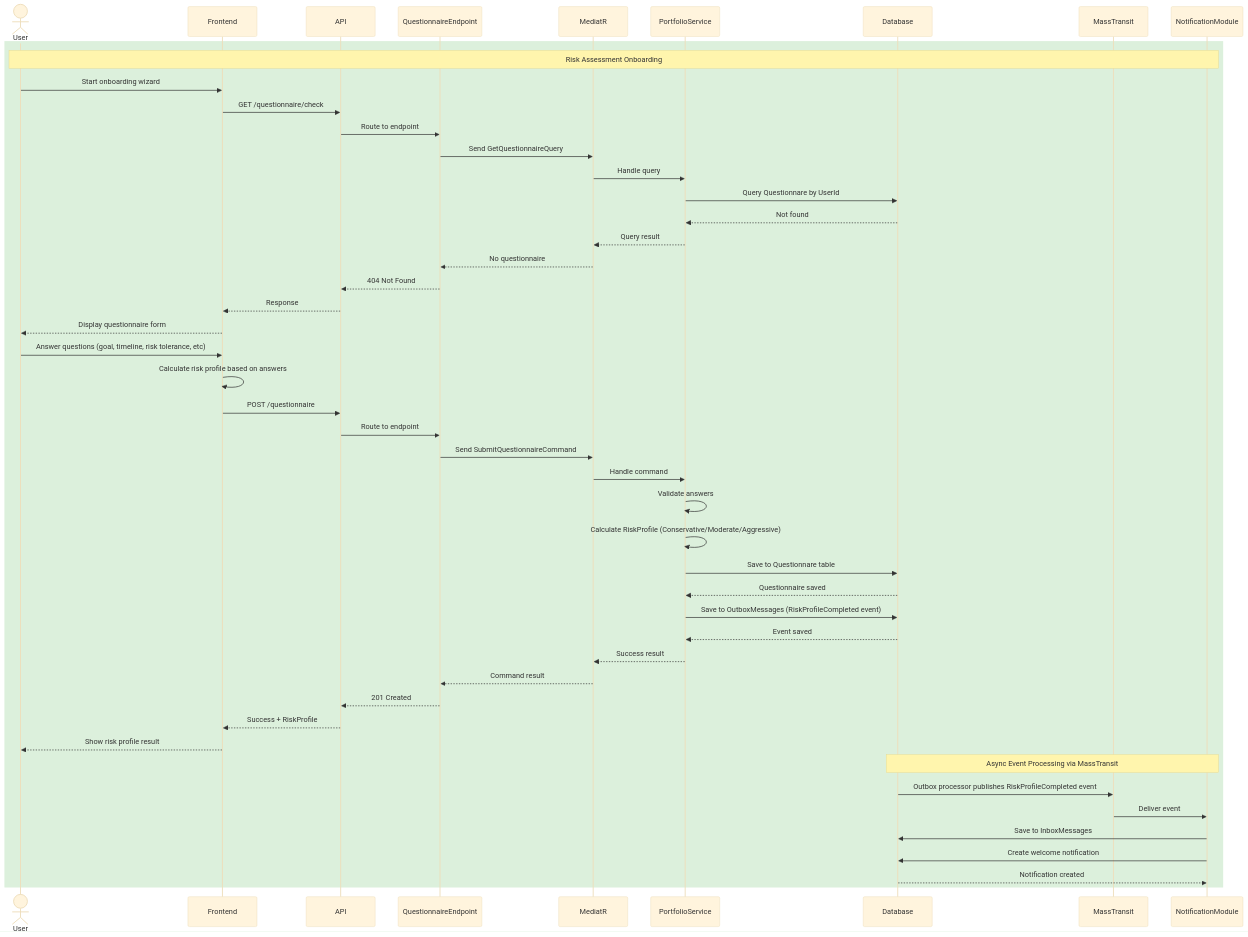
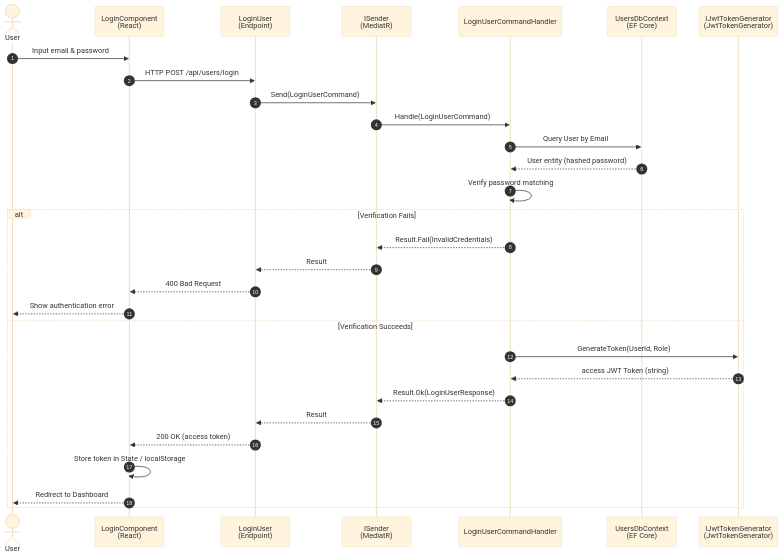
The second of 5 diagrams in SEQUENCE_DIAGRAM.md (DA7-WTDS/Graduation-project), drawn with Mermaid (base theme) before and after one commit. The commit also changed other lines of this file and 3 other files, not shown here.

Commit message:
refactor: standardize documentation diagrams and add system architecture visualizer tool

````diff
--- a/SEQUENCE_DIAGRAM.md
+++ b/SEQUENCE_DIAGRAM.md
@@ -63,57 +43,34 @@
 ```mermaid
 sequenceDiagram
+    autonumber
     actor User
-    participant Frontend
-    participant API
-    participant QuestionnaireEndpoint
-    participant MediatR
-    participant PortfolioService
-    participant Database
-    participant MassTransit
-    participant NotificationModule
+    participant Login as LoginComponent<br/>(React)
+    participant Endpoint as LoginUser<br/>(Endpoint)
+    participant MediatR as ISender<br/>(MediatR)
+    participant Handler as LoginUserCommandHandler
+    participant DB as UsersDbContext<br/>(EF Core)
+    participant Generator as IJwtTokenGenerator<br/>(JwtTokenGenerator)
+
+    User->>Login: Input email & password
+    Login->>Endpoint: HTTP POST /api/users/login
+    Endpoint->>MediatR: Send(LoginUserCommand)
+    MediatR->>Handler: Handle(LoginUserCommand)
+    Handler->>DB: Query User by Email
+    DB-->>Handler: User entity (hashed password)
+    Handler->>Handler: Verify password matching
     
-    rect rgb(220, 240, 220)
-        note over User,NotificationModule: Risk Assessment Onboarding
-        User->>Frontend: Start onboarding wizard
-        Frontend->>API: GET /questionnaire/check
-        API->>QuestionnaireEndpoint: Route to endpoint
-        QuestionnaireEndpoint->>MediatR: Send GetQuestionnaireQuery
-        MediatR->>PortfolioService: Handle query
-        PortfolioService->>Database: Query Questionnare by UserId
-        Database-->>PortfolioService: Not found
-        PortfolioService-->>MediatR: Query result
-        MediatR-->>QuestionnaireEndpoint: No questionnaire
-        QuestionnaireEndpoint-->>API: 404 Not Found
-        API-->>Frontend: Response
-        Frontend-->>User: Display questionnaire form
-        
-        User->>Frontend: Answer questions (goal, timeline, risk tolerance, etc)
-        Frontend->>Frontend: Calculate risk profile based on answers
-        Frontend->>API: POST /questionnaire
-        API->>QuestionnaireEndpoint: Route to endpoint
-        QuestionnaireEndpoint->>MediatR: Send SubmitQuestionnaireCommand
-        MediatR->>PortfolioService: Handle command
-        
-        PortfolioService->>PortfolioService: Validate answers
-        PortfolioService->>PortfolioService: Calculate RiskProfile (Conservative/Moderate/Aggressive)
-        PortfolioService->>Database: Save to Questionnare table
-        Database-->>PortfolioService: Questionnaire saved
-        
-        PortfolioService->>Database: Save to OutboxMessages (RiskProfileCompleted event)
-        Database-->>PortfolioService: Event saved
-        
-        PortfolioService-->>MediatR: Success result
-        MediatR-->>QuestionnaireEndpoint: Command result
-        QuestionnaireEndpoint-->>API: 201 Created
-        API-->>Frontend: Success + RiskProfile
-        Frontend-->>User: Show risk profile result
-        
-        %% Background notification
-        note over Database,NotificationModule: Async Event Processing via MassTransit
-        Database->>MassTransit: Outbox processor publishes RiskProfileCompleted event
-        MassTransit->>NotificationModule: Deliver event
-        NotificationModule->>Database: Save to InboxMessages
-        NotificationModule->>Database: Create welcome notification
-        Database-->>NotificationModule: Notification created
+    alt Verification Fails
+        Handler-->>MediatR: Result.Fail(InvalidCredentials)
+        MediatR-->>Endpoint: Result
+        Endpoint-->>Login: 400 Bad Request
+        Login-->>User: Show authentication error
+    else Verification Succeeds
+        Handler->>Generator: GenerateToken(UserId, Role)
+        Generator-->>Handler: access JWT Token (string)
+        Handler-->>MediatR: Result.Ok(LoginUserResponse)
+        MediatR-->>Endpoint: Result
+        Endpoint-->>Login: 200 OK (access token)
+        Login->>Login: Store token in State / localStorage
+        Login-->>User: Redirect to Dashboard
     end
 ```
````
